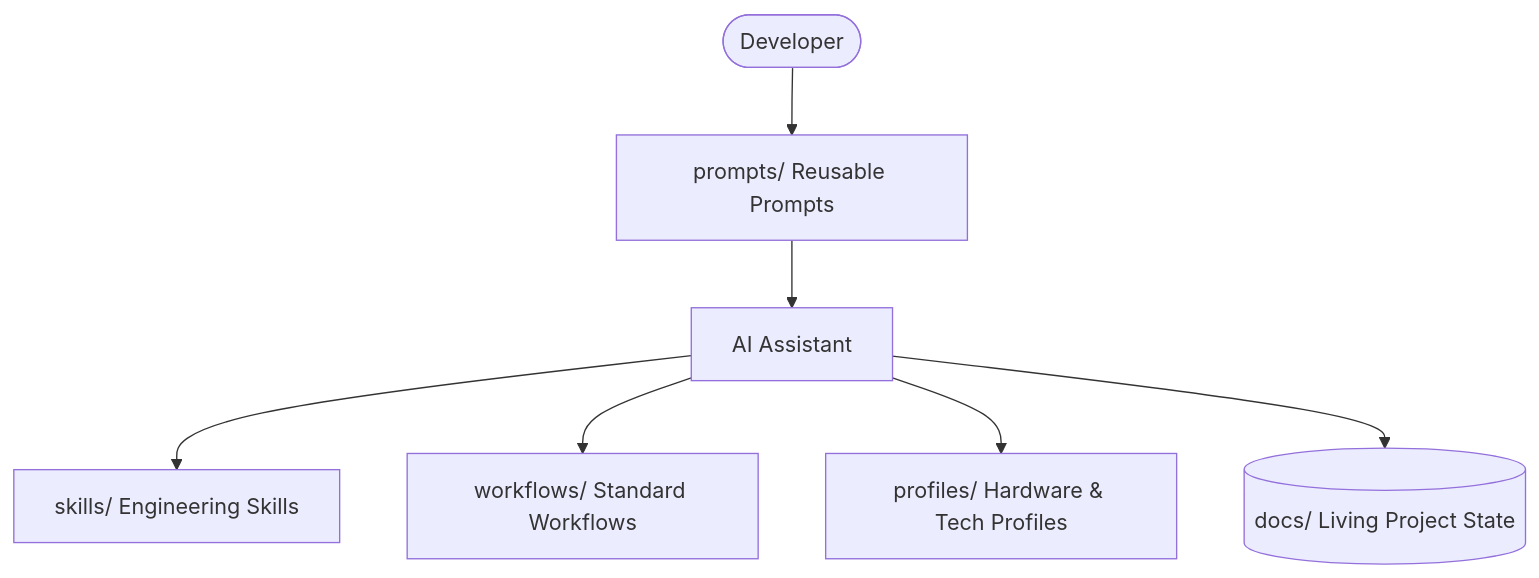
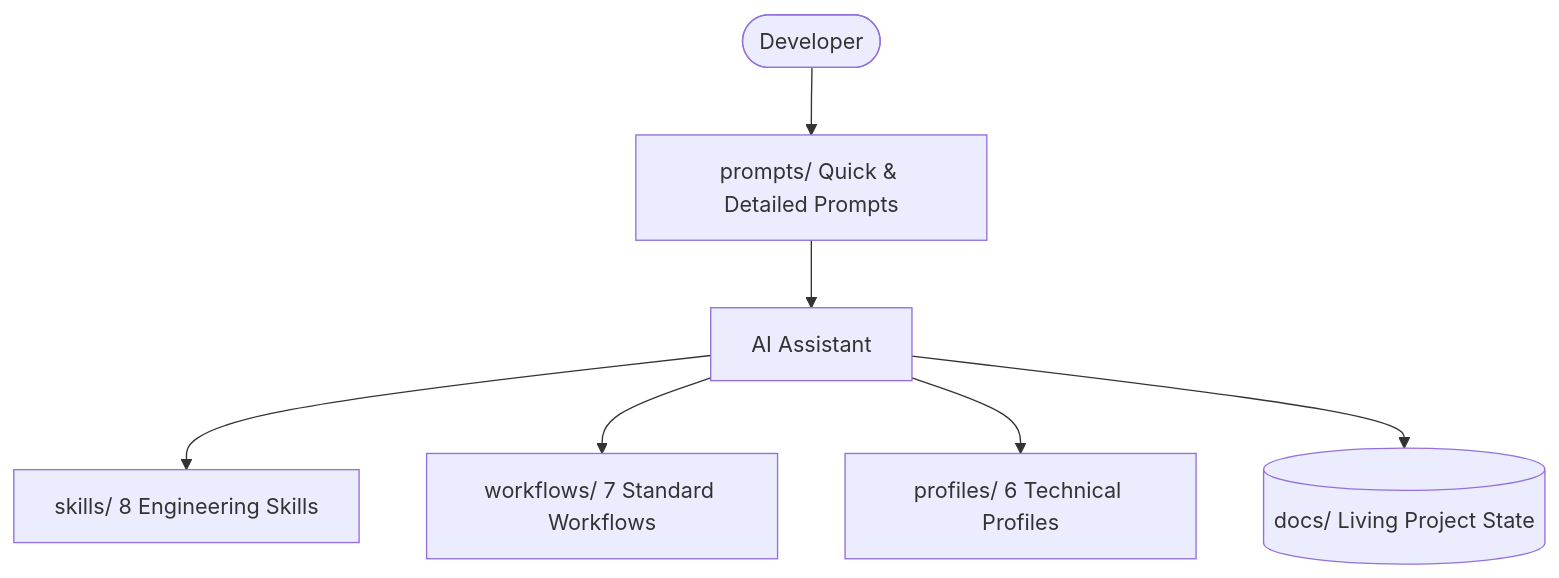
The diagram in docs/USER_GUIDE.md (calmtechnology-ch/CalmTechnology-DevToolkit), drawn with Mermaid before and after one commit. The commit also changed other lines of this file and 36 other files, not shown here.

````diff
--- a/docs/USER_GUIDE.md
+++ b/docs/USER_GUIDE.md
@@ -20,9 +20,9 @@
 ```mermaid
 graph TD
-    User([Developer]) --> Prompts[prompts/ Reusable Prompts]
+    User([Developer]) --> Prompts[prompts/ Quick & Detailed Prompts]
     Prompts --> Agent[AI Assistant]
-    Agent --> Skills[skills/ Engineering Skills]
-    Agent --> Workflows[workflows/ Standard Workflows]
-    Agent --> Profiles[profiles/ Hardware & Tech Profiles]
+    Agent --> Skills[skills/ 8 Engineering Skills]
+    Agent --> Workflows[workflows/ 7 Standard Workflows]
+    Agent --> Profiles[profiles/ 6 Technical Profiles]
     Agent --> Memory[(docs/ Living Project State)]
 ```
````
